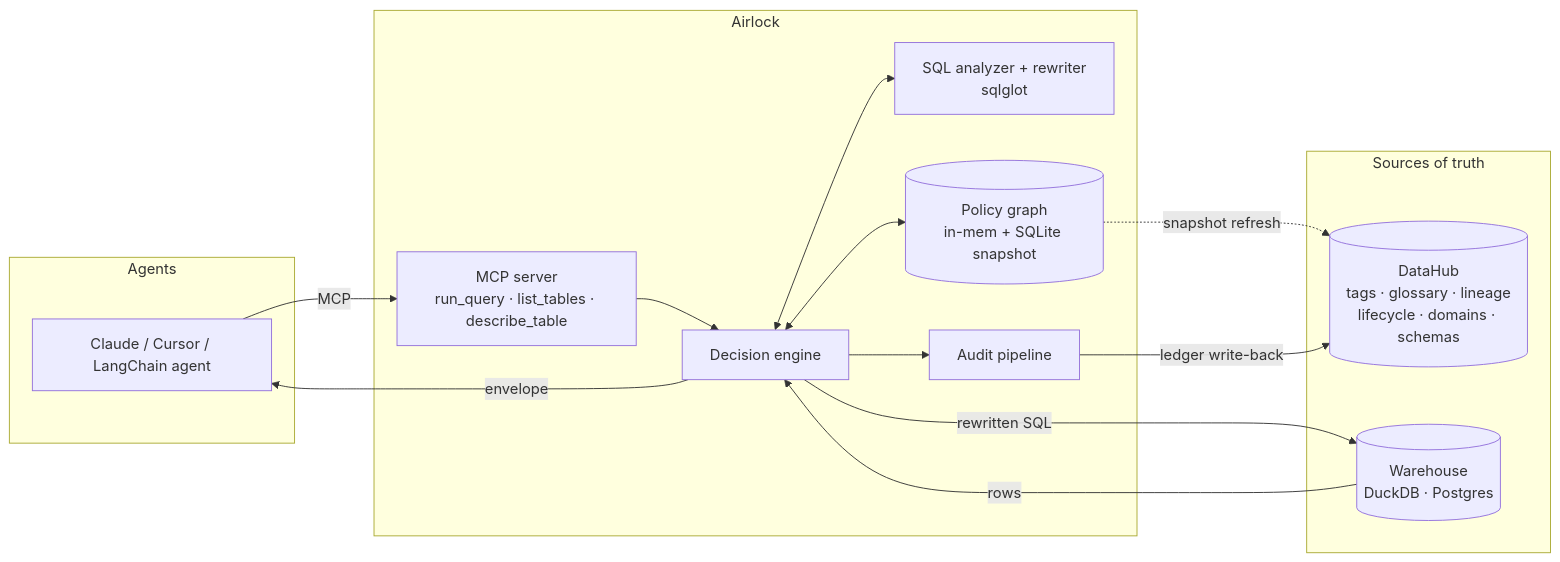
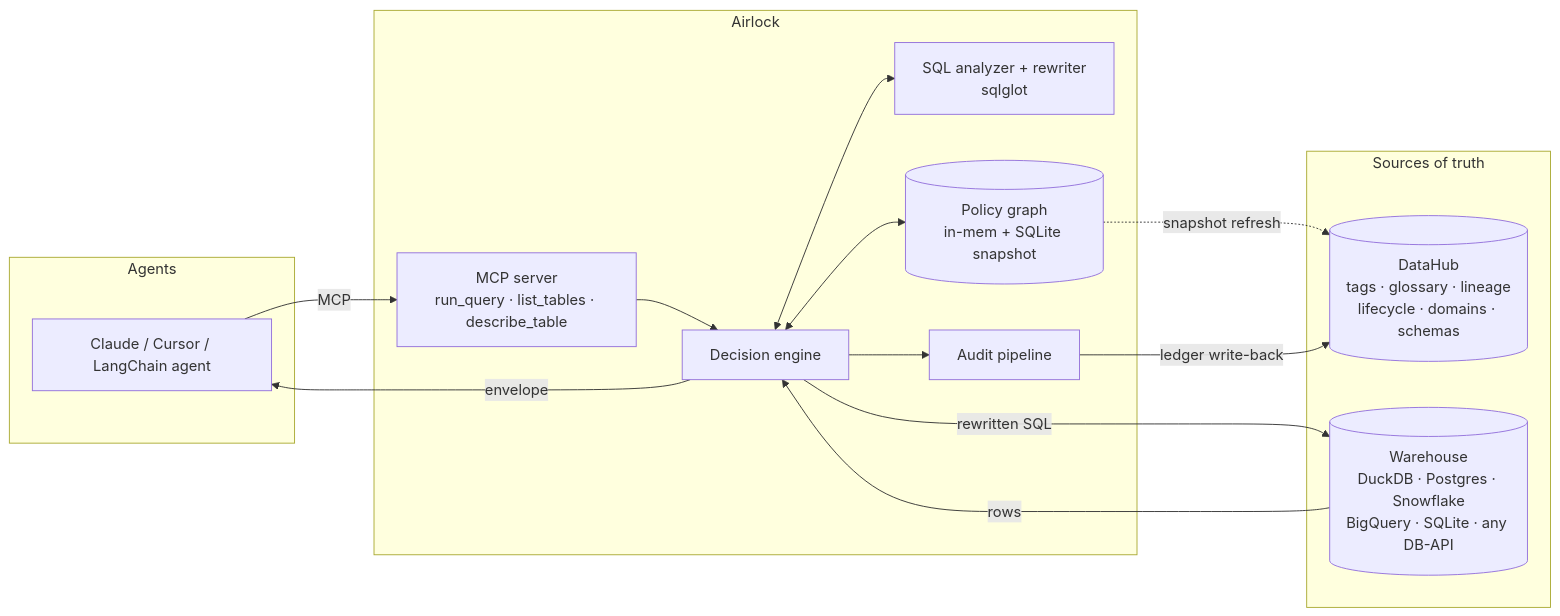
Before and after one commit to Purv-Kabaria/Airlock: the first of 2 diagrams in README.md, drawn with Mermaid. The commit also changed other lines of this file and 2 other files, not shown here.

First line of the commit message:
docs: warehouse and agent neutrality, and the any-device story

````diff
--- a/README.md
+++ b/README.md
@@ -238,25 +238,25 @@
 ```mermaid
 flowchart LR
     subgraph Agents
         A1["Claude / Cursor / LangChain agent"]
     end
     subgraph Airlock
         MCP["MCP server<br/>run_query · list_tables · describe_table"]
         PDP["Decision engine"]
         RW["SQL analyzer + rewriter<br/>sqlglot"]
         PG[("Policy graph<br/>in-mem + SQLite snapshot")]
         AUD["Audit pipeline"]
     end
     subgraph Sources of truth
         DH[("DataHub<br/>tags · glossary · lineage<br/>lifecycle · domains · schemas")]
-        WH[("Warehouse<br/>DuckDB · Postgres")]
+        WH[("Warehouse<br/>DuckDB · Postgres · Snowflake<br/>BigQuery · SQLite · any DB-API")]
     end
     A1 -- MCP --> MCP --> PDP
     PDP <--> RW
     PDP <--> PG
     PG -. snapshot refresh .-> DH
     PDP -- rewritten SQL --> WH
     WH -- rows --> PDP -- envelope --> A1
     AUD -- ledger write-back --> DH
     PDP --> AUD
 ```
````
